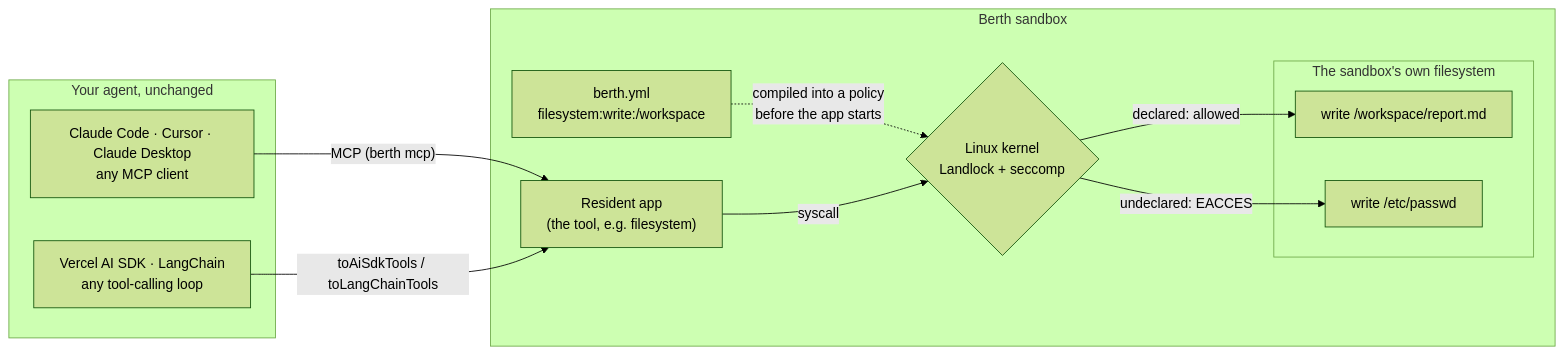
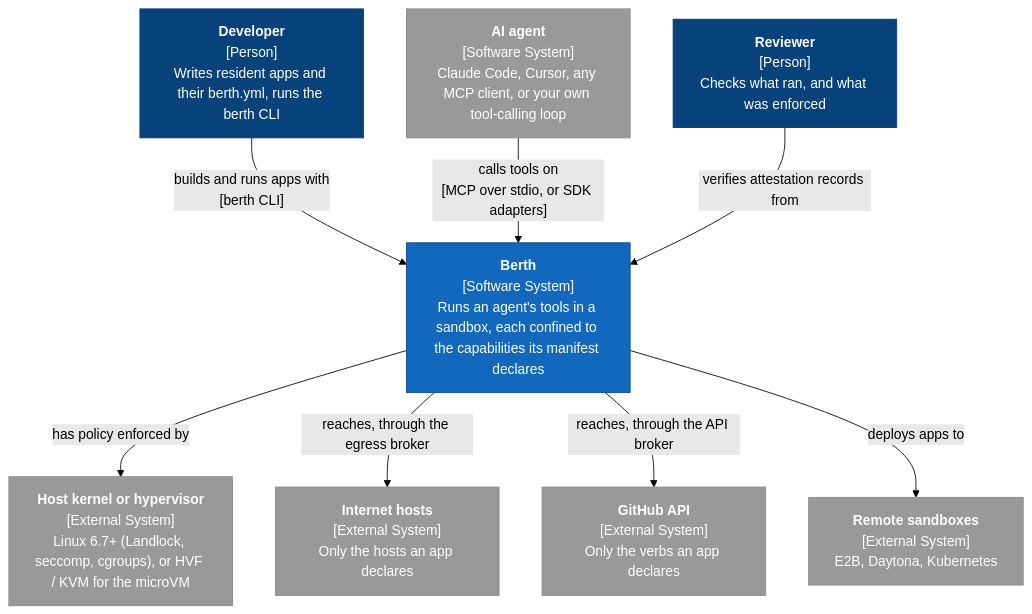
One commit to Ash20pk/BerthOS changed the first of 3 diagrams in README.md. Above: the diagram before and after it, drawn with Mermaid (forest theme). The commit also changed other lines of this file, not shown here.

````diff
--- a/README.md
+++ b/README.md
@@ -11,24 +42,28 @@
 ```mermaid
-flowchart LR
-  subgraph agent["Your agent, unchanged"]
-    MCP["Claude Code · Cursor · Claude Desktop<br/>any MCP client"]
-    LOOP["Vercel AI SDK · LangChain<br/>any tool-calling loop"]
-  end
+flowchart TB
+  dev["<b>Developer</b><br/>[Person]<br/>Writes resident apps and their berth.yml, runs the berth CLI"]
+  agent["<b>AI agent</b><br/>[Software System]<br/>Claude Code, Cursor, any MCP client, or your own tool-calling loop"]
+  auditor["<b>Reviewer</b><br/>[Person]<br/>Checks what ran, and what was enforced"]
 
-  subgraph berth["Berth sandbox"]
-    APP["Resident app<br/>(the tool, e.g. filesystem)"]
-    MANIFEST["berth.yml<br/>filesystem:write:/workspace"]
-    KERNEL{"Linux kernel<br/>Landlock + seccomp"}
-    MANIFEST -. "compiled into a policy<br/>before the app starts" .-> KERNEL
-    APP -- "syscall" --> KERNEL
-    subgraph fs["The sandbox's own filesystem"]
-      OK["write /workspace/report.md"]
-      NO["write /etc/passwd"]
-    end
-    KERNEL -- "declared: allowed" --> OK
-    KERNEL -- "undeclared: EACCES" --> NO
-  end
+  berth["<b>Berth</b><br/>[Software System]<br/>Runs an agent's tools in a sandbox, each confined to the capabilities its manifest declares"]
 
-  MCP -- "MCP (berth mcp)" --> APP
-  LOOP -- "toAiSdkTools / toLangChainTools" --> APP
+  host["<b>Host kernel or hypervisor</b><br/>[External System]<br/>Linux 6.7+ (Landlock, seccomp, cgroups), or HVF / KVM for the microVM"]
+  net["<b>Internet hosts</b><br/>[External System]<br/>Only the hosts an app declares"]
+  gh["<b>GitHub API</b><br/>[External System]<br/>Only the verbs an app declares"]
+  cloud["<b>Remote sandboxes</b><br/>[External System]<br/>E2B, Daytona, Kubernetes"]
+
+  dev -- "builds and runs apps with<br/>[berth CLI]" --> berth
+  agent -- "calls tools on<br/>[MCP over stdio, or SDK adapters]" --> berth
+  auditor -- "verifies attestation records from" --> berth
+  berth -- "has policy enforced by" --> host
+  berth -- "reaches, through the egress broker" --> net
+  berth -- "reaches, through the API broker" --> gh
+  berth -- "deploys apps to" --> cloud
+
+  classDef person fill:#08427b,stroke:#073b6f,color:#fff
+  classDef system fill:#1168bd,stroke:#0b4884,color:#fff
+  classDef external fill:#999,stroke:#8a8a8a,color:#fff
+  class dev,auditor person
+  class agent,host,net,gh,cloud external
+  class berth system
 ```
````
